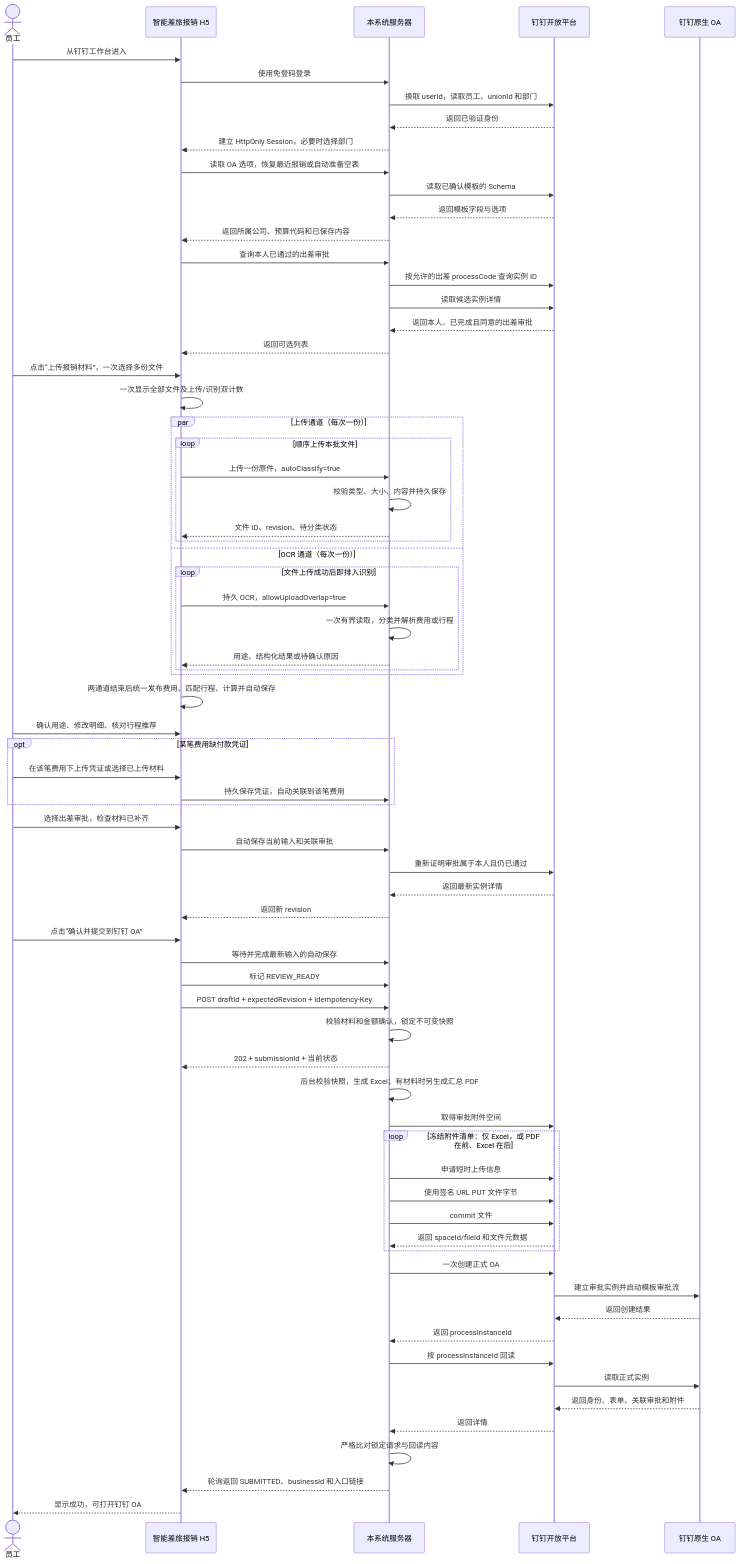
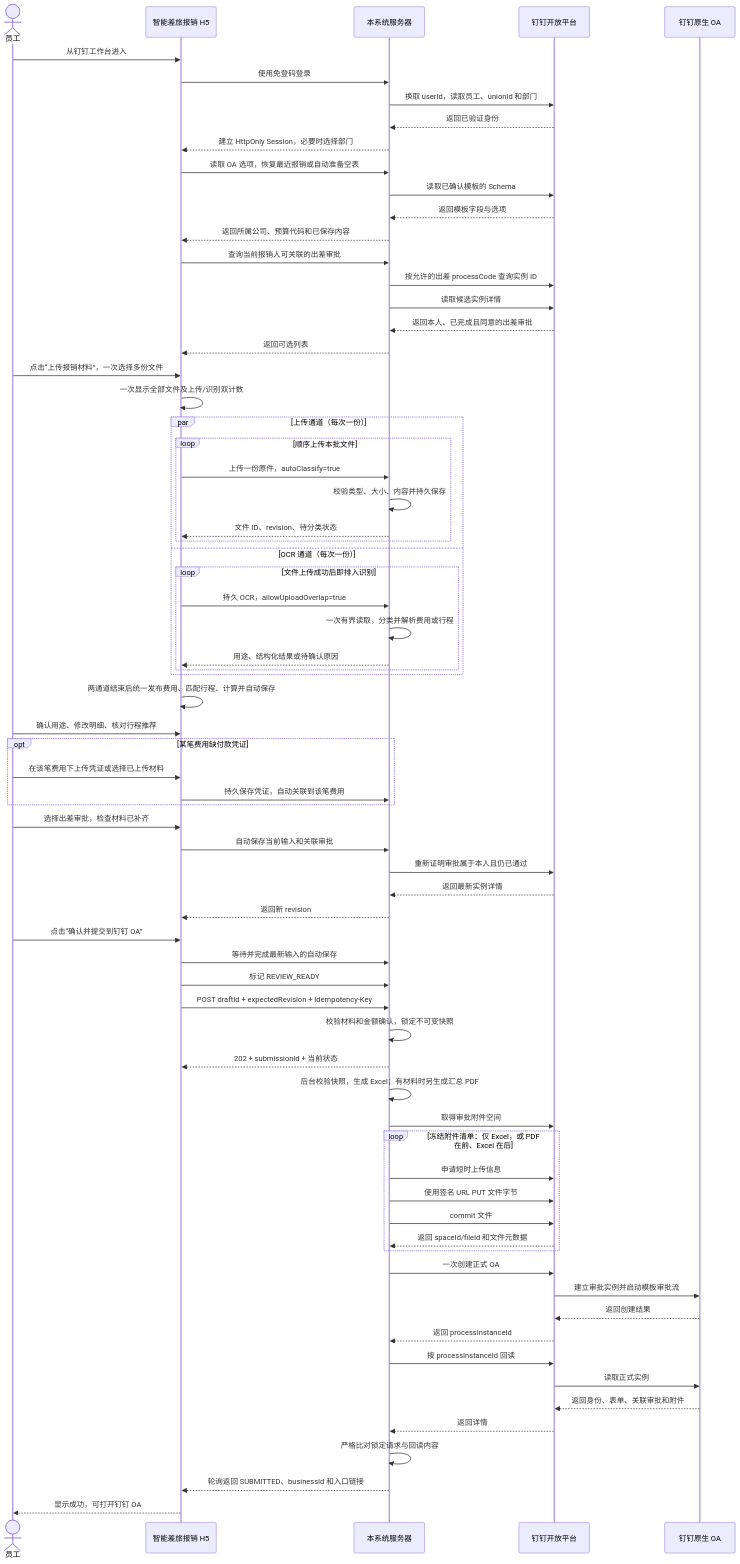
The second of 3 diagrams in docs/DINGTALK_OA_INTEGRATION_DESIGN.md (w59227c/dingtalk-travel-reimbursement), drawn with Mermaid before and after one commit. The commit also changed other lines of this file and 69 other files, not shown here.

````diff
--- a/docs/DINGTALK_OA_INTEGRATION_DESIGN.md
+++ b/docs/DINGTALK_OA_INTEGRATION_DESIGN.md
@@ -102,81 +104,81 @@
 ```mermaid
 sequenceDiagram
     actor U as 员工
     participant H as 智能差旅报销 H5
     participant S as 本系统服务器
     participant D as 钉钉开放平台
     participant OA as 钉钉原生 OA
 
     U->>H: 从钉钉工作台进入
     H->>S: 使用免登码登录
     S->>D: 换取 userId，读取员工、unionId 和部门
     D-->>S: 返回已验证身份
     S-->>H: 建立 HttpOnly Session，必要时选择部门
 
     H->>S: 读取 OA 选项，恢复最近报销或自动准备空表
     S->>D: 读取已确认模板的 Schema
     D-->>S: 返回模板字段与选项
     S-->>H: 返回所属公司、预算代码和已保存内容
 
-    H->>S: 查询本人已通过的出差审批
+    H->>S: 查询当前报销人可关联的出差审批
     S->>D: 按允许的出差 processCode 查询实例 ID
     S->>D: 读取候选实例详情
     D-->>S: 返回本人、已完成且同意的出差审批
     S-->>H: 返回可选列表
 
     U->>H: 点击“上传报销材料”，一次选择多份文件
     H->>H: 一次显示全部文件及上传/识别双计数
     par 上传通道（每次一份）
         loop 顺序上传本批文件
             H->>S: 上传一份原件，autoClassify=true
             S->>S: 校验类型、大小、内容并持久保存
             S-->>H: 文件 ID、revision、待分类状态
         end
     and OCR 通道（每次一份）
         loop 文件上传成功后即排入识别
             H->>S: 持久 OCR，allowUploadOverlap=true
             S->>S: 一次有界读取，分类并解析费用或行程
             S-->>H: 用途、结构化结果或待确认原因
         end
     end
     H->>H: 两通道结束后统一发布费用、匹配行程、计算并自动保存
 
     U->>H: 确认用途、修改明细、核对行程推荐
     opt 某笔费用缺付款凭证
         U->>H: 在该笔费用下上传凭证或选择已上传材料
         H->>S: 持久保存凭证，自动关联到该笔费用
     end
     U->>H: 选择出差审批，检查材料已补齐
     H->>S: 自动保存当前输入和关联审批
     S->>D: 重新证明审批属于本人且仍已通过
     D-->>S: 返回最新实例详情
     S-->>H: 返回新 revision
 
     U->>H: 点击“确认并提交到钉钉 OA”
     H->>S: 等待并完成最新输入的自动保存
     H->>S: 标记 REVIEW_READY
     H->>S: POST draftId + expectedRevision + Idempotency-Key
     S->>S: 校验材料和金额确认，锁定不可变快照
     S-->>H: 202 + submissionId + 当前状态
 
     S->>S: 后台校验快照，生成 Excel；有材料时另生成汇总 PDF
     S->>D: 取得审批附件空间
     loop 冻结附件清单：仅 Excel，或 PDF 在前、Excel 在后
         S->>D: 申请短时上传信息
         S->>D: 使用签名 URL PUT 文件字节
         S->>D: commit 文件
         D-->>S: 返回 spaceId/fileId 和文件元数据
     end
 
     S->>D: 一次创建正式 OA
     D->>OA: 建立审批实例并启动模板审批流
     OA-->>D: 返回创建结果
     D-->>S: 返回 processInstanceId
     S->>D: 按 processInstanceId 回读
     D->>OA: 读取正式实例
     OA-->>D: 返回身份、表单、关联审批和附件
     D-->>S: 返回详情
     S->>S: 严格比对锁定请求与回读内容
     S-->>H: 轮询返回 SUBMITTED、businessId 和入口链接
     H-->>U: 显示成功，可打开钉钉 OA
 ```
````
